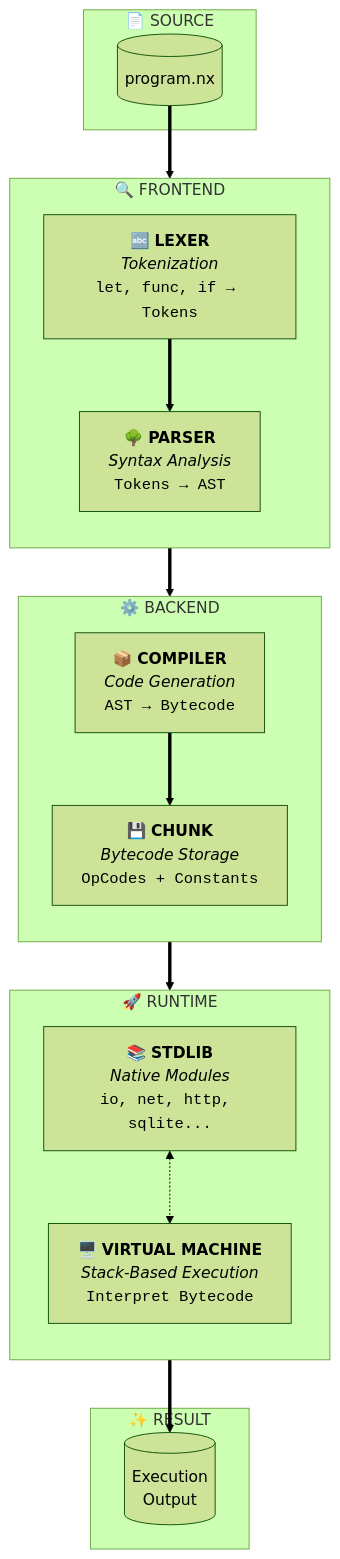
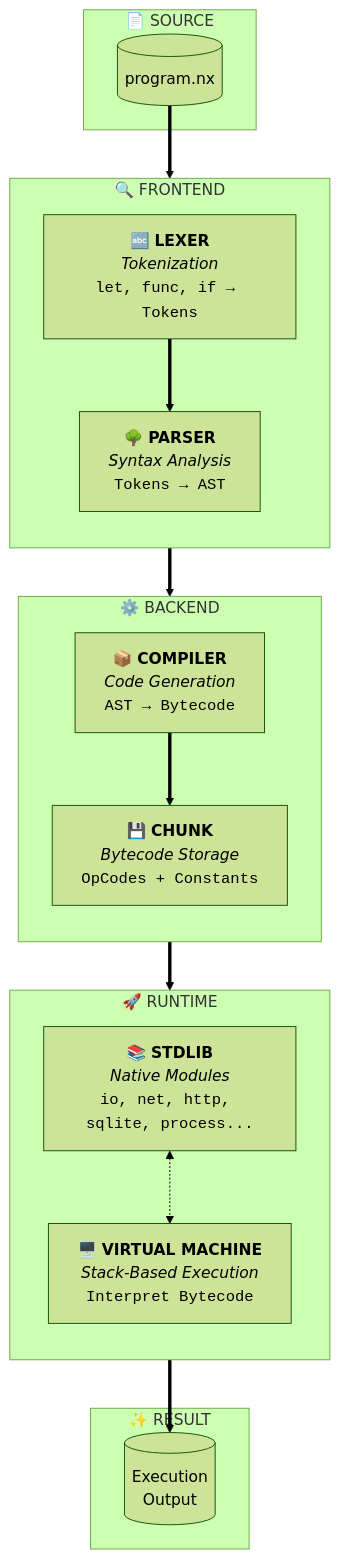
The diagram in README.md (estevaofon/noxy), drawn with Mermaid (forest theme) before and after one commit. The commit also changed other lines of this file and 42 other files, not shown here.

````diff
--- a/README.md
+++ b/README.md
@@ -323,36 +324,36 @@
 ```mermaid
 flowchart TB
     subgraph INPUT["📄 SOURCE"]
         A[("program.nx")]
     end
 
     subgraph FRONTEND["🔍 FRONTEND"]
         direction TB
         B["🔤 <b>LEXER</b><br/><i>Tokenization</i><br/><code>let, func, if → Tokens</code>"]
         C["🌳 <b>PARSER</b><br/><i>Syntax Analysis</i><br/><code>Tokens → AST</code>"]
     end
 
     subgraph BACKEND["⚙️ BACKEND"]
         direction TB
         D["📦 <b>COMPILER</b><br/><i>Code Generation</i><br/><code>AST → Bytecode</code>"]
         E["💾 <b>CHUNK</b><br/><i>Bytecode Storage</i><br/><code>OpCodes + Constants</code>"]
     end
 
     subgraph RUNTIME["🚀 RUNTIME"]
         direction TB
         F["🖥️ <b>VIRTUAL MACHINE</b><br/><i>Stack-Based Execution</i><br/><code>Interpret Bytecode</code>"]
-        G["📚 <b>STDLIB</b><br/><i>Native Modules</i><br/><code>io, net, http, sqlite...</code>"]
+        G["📚 <b>STDLIB</b><br/><i>Native Modules</i><br/><code>io, net, http, sqlite, process...</code>"]
     end
 
     subgraph OUTPUT["✨ RESULT"]
         H[("Execution<br/>Output")]
     end
 
     A ==> B
     B ==> C
     C ==> D
     D ==> E
     E ==> F
     G <-.-> F
     F ==> H
 ```
````
